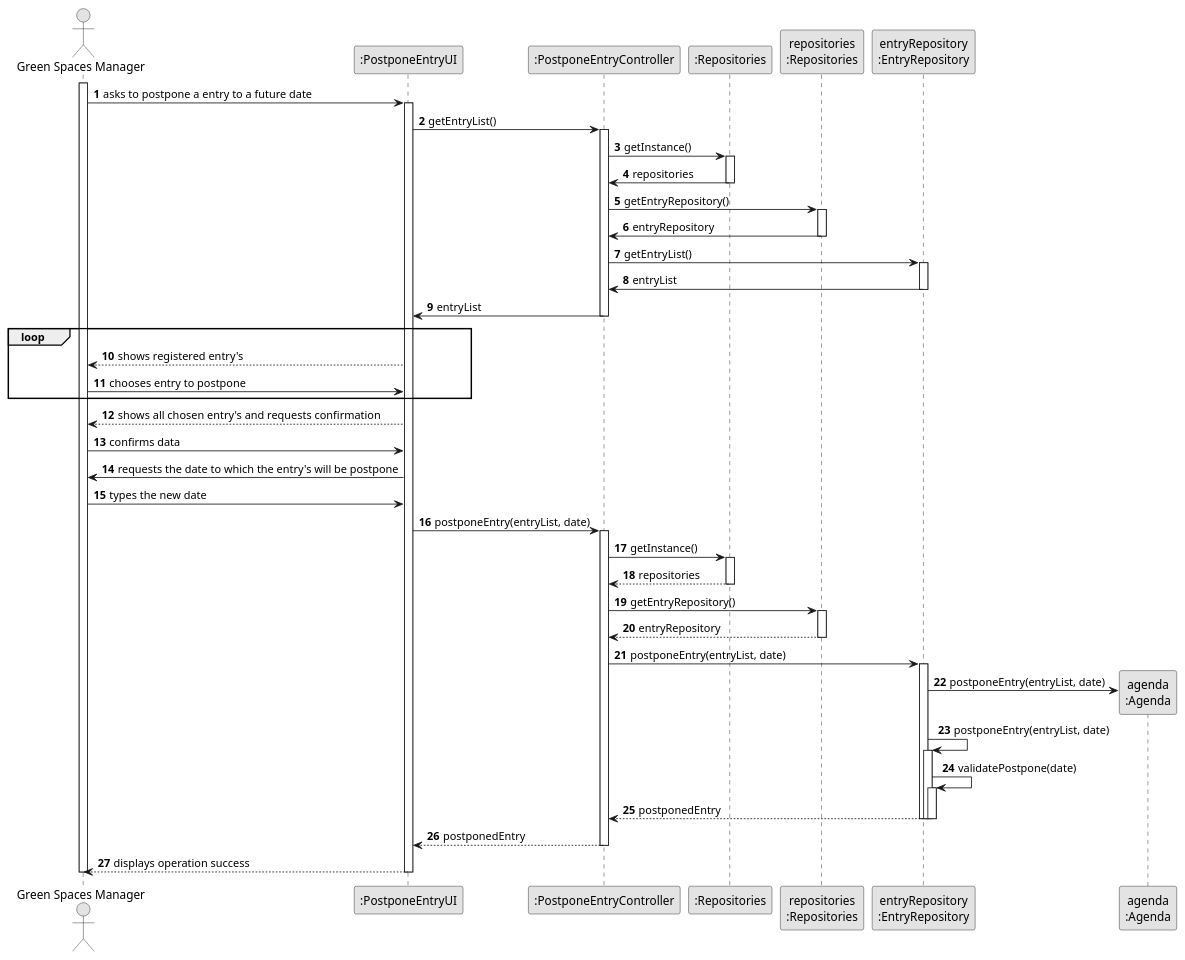
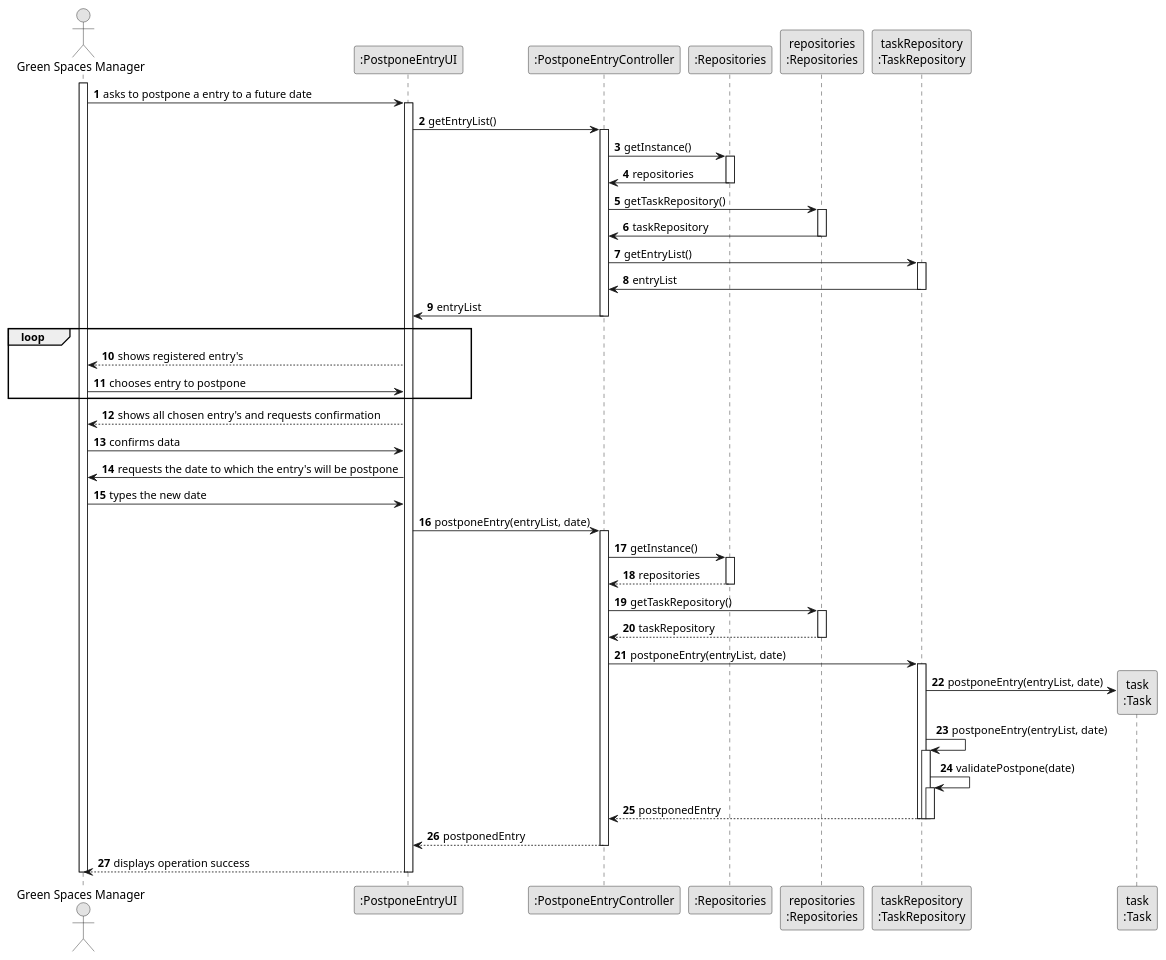
The diagram in docs/sprintC/us024/03.design/puml/us024-sequence-diagram-full.puml (diogoveirospro/lei-24-s2-1dg-g072), drawn with PlantUML before and after one commit. The commit also changed 7 other files, not shown here.

```diff
--- a/docs/sprintC/us024/03.design/puml/us024-sequence-diagram-full.puml
+++ b/docs/sprintC/us024/03.design/puml/us024-sequence-diagram-full.puml
@@ -1,97 +1,96 @@
 @startuml
 skinparam monochrome true
 skinparam packageStyle rectangle
 skinparam shadowing false
 
 autonumber
 
 'hide footbox
 actor "Green Spaces Manager" as ADM
 participant ":PostponeEntryUI" as UI
 participant ":PostponeEntryController" as CTRL
 participant ":Repositories" as RepositorySingleton
 participant "repositories\n:Repositories" as PLAT
-participant "entryRepository\n:EntryRepository" as entryRepository
-participant "agenda\n:Agenda" as AGENDA
+participant "taskRepository\n:TaskRepository" as taskRepository
+participant "task\n:Task" as TASK
 
 activate ADM
 
         ADM -> UI : asks to postpone a entry to a future date
 
         activate UI
 
         UI -> CTRL : getEntryList()
               activate CTRL
 
               CTRL -> RepositorySingleton : getInstance()
               activate RepositorySingleton
 
               RepositorySingleton -> CTRL : repositories
               deactivate RepositorySingleton
-              CTRL -> PLAT : getEntryRepository()
+              CTRL -> PLAT : getTaskRepository()
               activate PLAT
 
-              PLAT -> CTRL : entryRepository
+              PLAT -> CTRL : taskRepository
               deactivate PLAT
 
-              CTRL -> entryRepository : getEntryList()
-              activate entryRepository
+              CTRL -> taskRepository : getEntryList()
+              activate taskRepository
 
-              entryRepository -> CTRL : entryList
-              deactivate entryRepository
+              taskRepository -> CTRL : entryList
+              deactivate taskRepository
 
               CTRL -> UI : entryList
               deactivate CTRL
             loop
                 UI --> ADM : shows registered entry's
 
                 ADM -> UI : chooses entry to postpone
             end
             UI --> ADM : shows all chosen entry's and requests confirmation
 
             ADM -> UI : confirms data
 
             UI -> ADM : requests the date to which the entry's will be postpone
 
             ADM -> UI : types the new date
 
             UI -> CTRL : postponeEntry(entryList, date)
             activate CTRL
 
                 CTRL -> RepositorySingleton : getInstance()
                 activate RepositorySingleton
 
                     RepositorySingleton --> CTRL: repositories
                 deactivate RepositorySingleton
 
-                CTRL -> PLAT : getEntryRepository()
+                CTRL -> PLAT : getTaskRepository()
                 activate PLAT
 
-                    PLAT --> CTRL: entryRepository
+                    PLAT --> CTRL: taskRepository
                 deactivate PLAT
 
-                CTRL -> entryRepository : postponeEntry(entryList, date)
-                activate entryRepository
+                CTRL -> taskRepository : postponeEntry(entryList, date)
+                activate taskRepository
 
-                entryRepository -> AGENDA**: postponeEntry(entryList, date)
-                entryRepository -> entryRepository: postponeEntry(entryList, date)
+                taskRepository -> TASK**: postponeEntry(entryList, date)
+                taskRepository -> taskRepository: postponeEntry(entryList, date)
 
-                 activate entryRepository
-                     entryRepository -> entryRepository: validatePostpone(date)
-                     activate entryRepository
-                                entryRepository --> CTRL : postponedEntry
-                     deactivate entryRepository
+                 activate taskRepository
+                     taskRepository -> taskRepository: validatePostpone(date)
+                     activate taskRepository
+                                taskRepository --> CTRL : postponedEntry
+                     deactivate taskRepository
 
-                 deactivate entryRepository
-                 deactivate entryRepository
+                 deactivate taskRepository
 
-                            deactivate entryRepository
+                            deactivate taskRepository
 
             CTRL --> UI: postponedEntry
             deactivate CTRL
             UI --> ADM: displays operation success
     deactivate UI
 
 deactivate ADM
 
 @enduml
```
